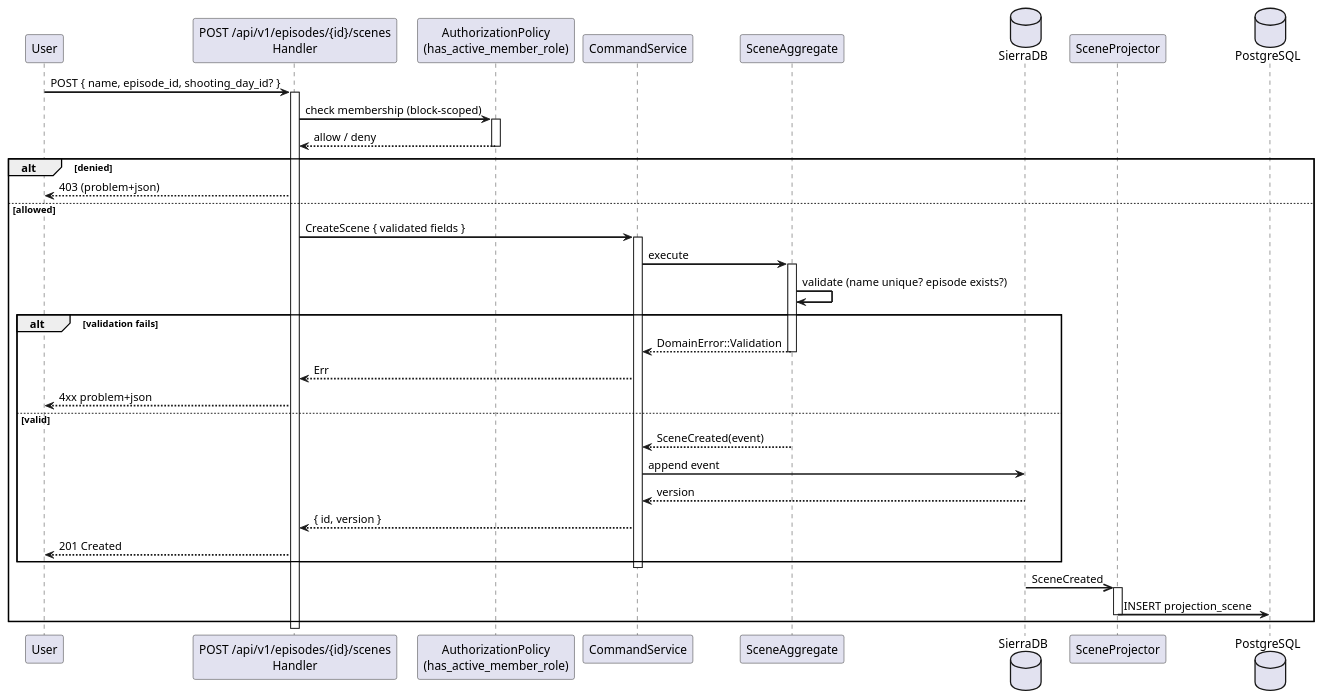
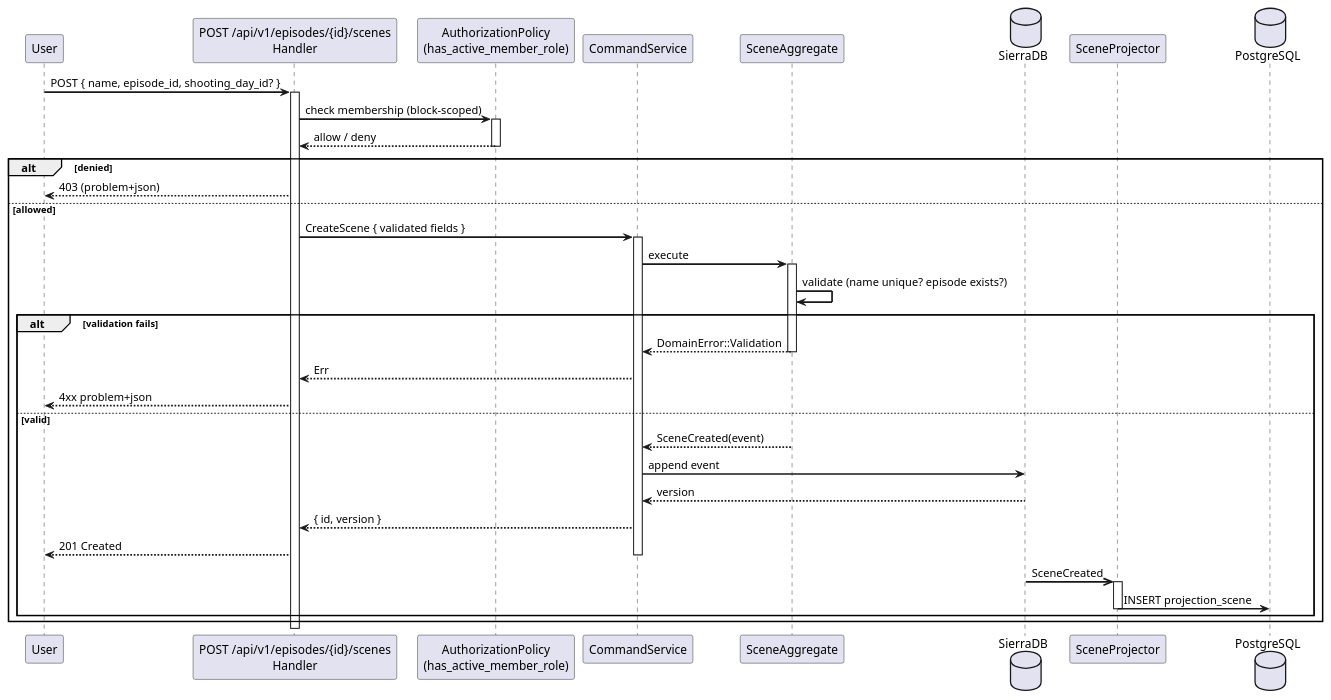
Before and after one commit to tradem/breakdown-rs: the diagram in backend/docs/architecture/diagrams/create-scene-sequence.puml, drawn with PlantUML. The commit also changed 5 other files, not shown here.

```diff
--- a/backend/docs/architecture/diagrams/create-scene-sequence.puml
+++ b/backend/docs/architecture/diagrams/create-scene-sequence.puml
@@ -1,53 +1,53 @@
 @startuml create-scene-sequence
 ' SPDX-License-Identifier: AGPL-3.0
 ' Copyright (C) 2024-2026 Breakdown RS Contributors
 ' Co-authored-by: kimi-k3 (neuralwatt)
 '
 ' Runtime view: POST scene command with authz gate.
 
 skinparam shadowing false
 skinparam sequenceArrowThickness 2
 
 participant "User" as user
 participant "POST /api/v1/episodes/{id}/scenes\nHandler" as api
 participant "AuthorizationPolicy\n(has_active_member_role)" as authz
 participant "CommandService" as svc
 participant "SceneAggregate" as agg
 database "SierraDB" as es
 participant "SceneProjector" as proj
 database "PostgreSQL" as db
 
 user -> api : POST { name, episode_id, shooting_day_id? }
 activate api
 api -> authz : check membership (block-scoped)
 activate authz
 authz --> api : allow / deny
 deactivate authz
 alt denied
   api --> user : 403 (problem+json)
 else allowed
   api -> svc : CreateScene { validated fields }
   activate svc
   svc -> agg : execute
   activate agg
   agg -> agg : validate (name unique? episode exists?)
   alt validation fails
     agg --> svc : DomainError::Validation
     deactivate agg
     svc --> api : Err
     api --> user : 4xx problem+json
   else valid
     agg --> svc : SceneCreated(event)
     deactivate agg
     svc -> es : append event
     es --> svc : version
     svc --> api : { id, version }
     api --> user : 201 Created
+    deactivate svc
+    es ->> proj : SceneCreated
+    activate proj
+    proj -> db : INSERT projection_scene
+    deactivate proj
   end
-  deactivate svc
-  es ->> proj : SceneCreated
-  activate proj
-  proj -> db : INSERT projection_scene
-  deactivate proj
 end
 @enduml
```
